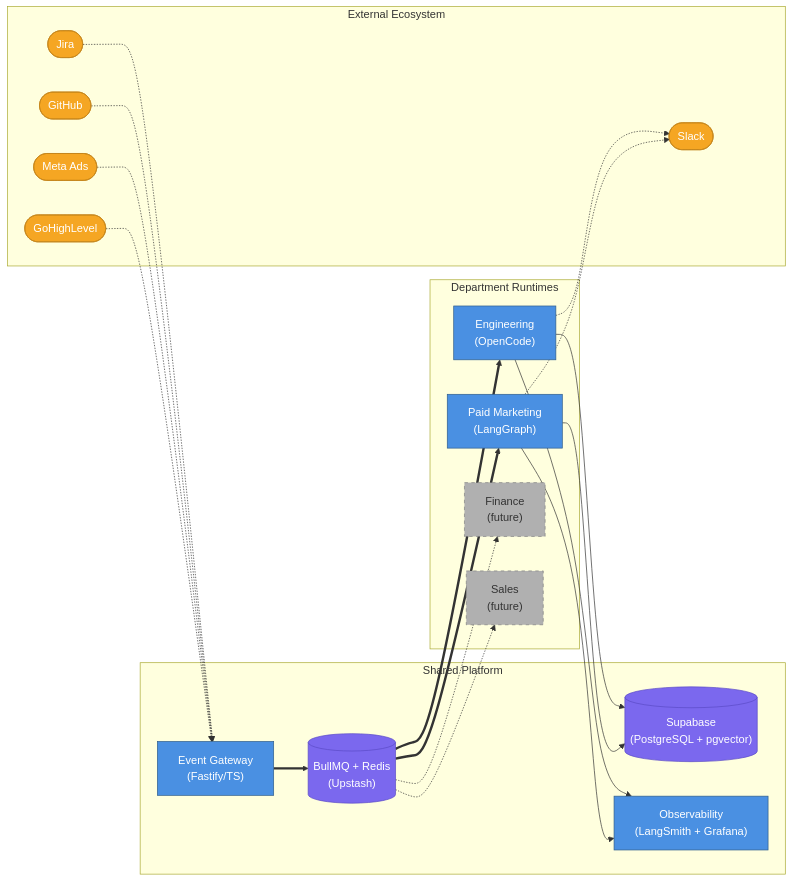
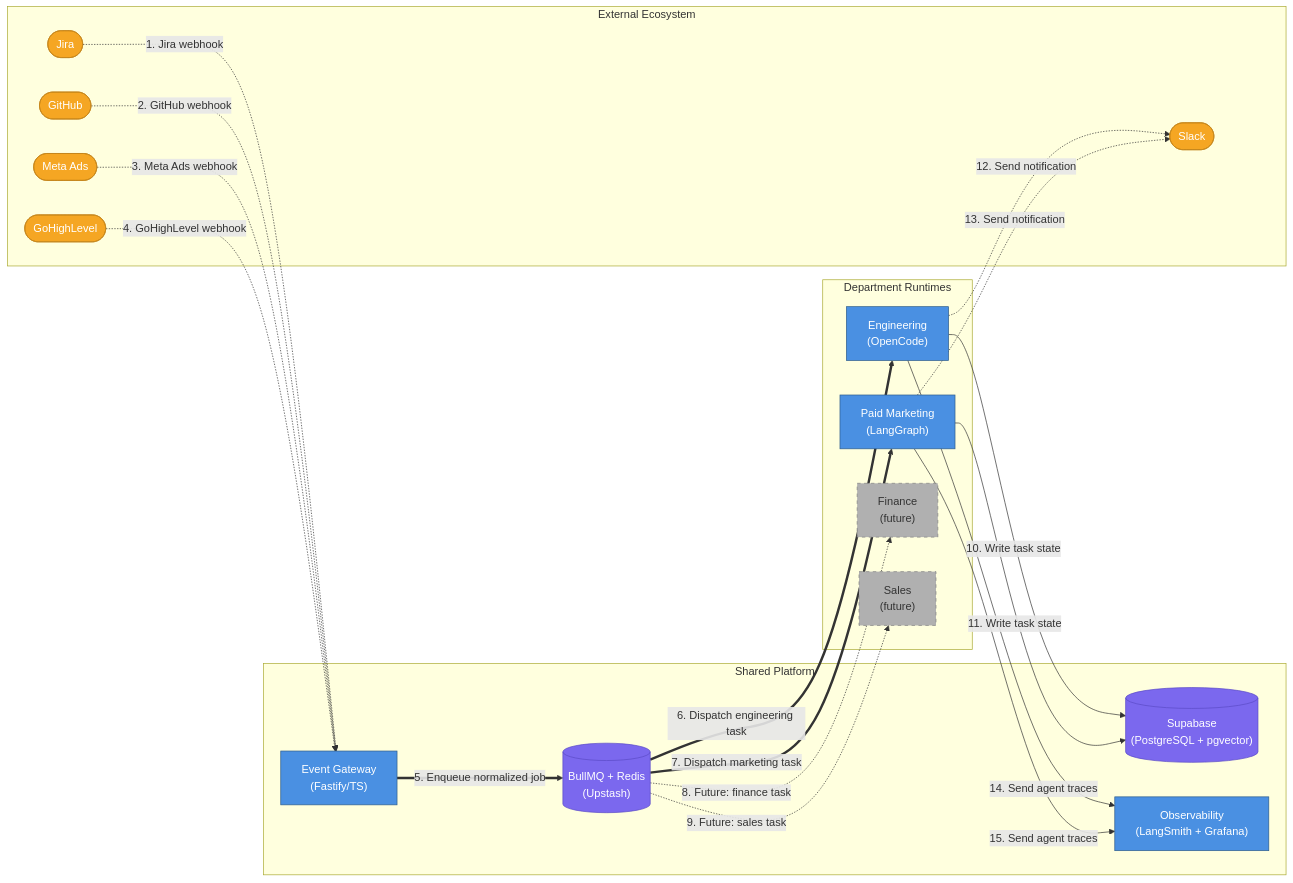
Before and after one commit to viiqswim/dozaldevs-ai-employee: the first of 15 diagrams in docs/2026-03-22-2317-ai-employee-architecture.md, drawn with Mermaid. The commit also changed other lines of this file, not shown here.

Commit message:
docs: add numbered arrows and flow walkthroughs to all diagrams

````diff
--- a/docs/2026-03-22-2317-ai-employee-architecture.md
+++ b/docs/2026-03-22-2317-ai-employee-architecture.md
@@ -59,45 +59,45 @@
 ```mermaid
 graph LR
     subgraph External Ecosystem
         JIRA(["Jira"]):::external
         GH(["GitHub"]):::external
         META(["Meta Ads"]):::external
         GHL(["GoHighLevel"]):::external
         SLACK(["Slack"]):::external
     end
 
     subgraph Shared Platform
         GATEWAY["Event Gateway\n(Fastify/TS)"]:::service
         QUEUE[("BullMQ + Redis\n(Upstash)")]:::storage
         SUPABASE[("Supabase\n(PostgreSQL + pgvector)")]:::storage
         OBS["Observability\n(LangSmith + Grafana)"]:::service
     end
 
     subgraph Department Runtimes
         ENG["Engineering\n(OpenCode)"]:::service
         MKT["Paid Marketing\n(LangGraph)"]:::service
         FIN["Finance\n(future)"]:::future
         SALES["Sales\n(future)"]:::future
     end
 
-    JIRA -.-> GATEWAY
-    GH -.-> GATEWAY
-    META -.-> GATEWAY
-    GHL -.-> GATEWAY
-    GATEWAY ==> QUEUE
-    QUEUE ==> ENG
-    QUEUE ==> MKT
-    QUEUE -.-> FIN
-    QUEUE -.-> SALES
-    ENG --> SUPABASE
-    MKT --> SUPABASE
-    ENG -.-> SLACK
-    MKT -.-> SLACK
-    ENG --> OBS
-    MKT --> OBS
+    JIRA -.->|"1. Jira webhook"| GATEWAY
+    GH -.->|"2. GitHub webhook"| GATEWAY
+    META -.->|"3. Meta Ads webhook"| GATEWAY
+    GHL -.->|"4. GoHighLevel webhook"| GATEWAY
+    GATEWAY ==>|"5. Enqueue normalized job"| QUEUE
+    QUEUE ==>|"6. Dispatch engineering task"| ENG
+    QUEUE ==>|"7. Dispatch marketing task"| MKT
+    QUEUE -.->|"8. Future: finance task"| FIN
+    QUEUE -.->|"9. Future: sales task"| SALES
+    ENG -->|"10. Write task state"| SUPABASE
+    MKT -->|"11. Write task state"| SUPABASE
+    ENG -.->|"12. Send notification"| SLACK
+    MKT -.->|"13. Send notification"| SLACK
+    ENG -->|"14. Send agent traces"| OBS
+    MKT -->|"15. Send agent traces"| OBS
 
     classDef service fill:#4A90E2,stroke:#2E5C8A,color:#fff
     classDef storage fill:#7B68EE,stroke:#5B4BC7,color:#fff
     classDef external fill:#F5A623,stroke:#C4841A,color:#fff
     classDef future fill:#B0B0B0,stroke:#808080,color:#333,stroke-dasharray:5
 ```
````
